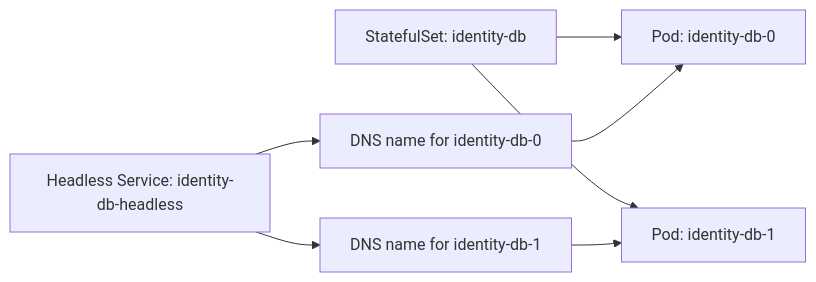
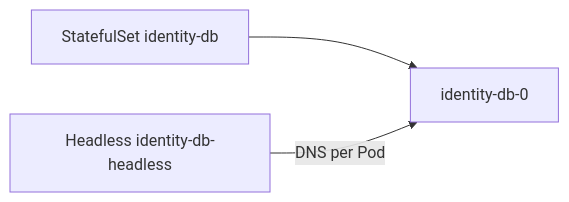
The diagram in docs/learn/storage/statefulsets-and-headless-dns.md (darshan-raul/apollo11-docs), drawn with Mermaid before and after one commit. The commit also changed other lines of this file and 55 other files, not shown here.

````diff
--- a/docs/learn/storage/statefulsets-and-headless-dns.md
+++ b/docs/learn/storage/statefulsets-and-headless-dns.md
@@ -85,9 +44,5 @@
 ```mermaid
 flowchart LR
-  STS[StatefulSet: identity-db] --> P0[Pod: identity-db-0]
-  STS --> P1[Pod: identity-db-1]
-  HS[Headless Service: identity-db-headless] --> D0[DNS name for identity-db-0]
-  HS --> D1[DNS name for identity-db-1]
-  D0 --> P0
-  D1 --> P1
+  STS[StatefulSet identity-db] --> P0[identity-db-0]
+  HS[Headless identity-db-headless] -->|DNS per Pod| P0
 ```
````
